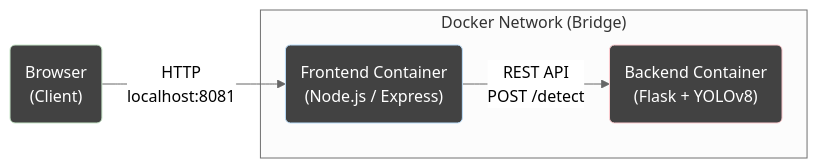
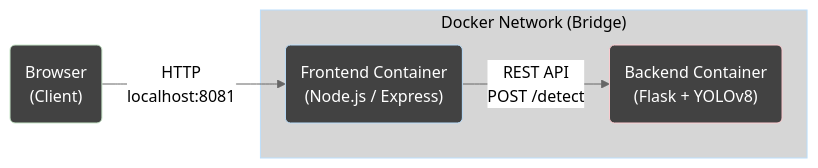
The diagram in README.md (zachdyszelwcu/csc468project), drawn with Mermaid before and after one commit.

````diff
--- a/README.md
+++ b/README.md
@@ -5,19 +5,20 @@
 ```mermaid
 ---
 config:
   theme: neutral
 ---
 flowchart LR
   A("Browser<br/>(Client)") -->|"HTTP<br/>localhost:8081"| B("Frontend Container<br/>(Node.js / Express)")
 
   B -->|"REST API<br/>POST /detect"| C("Backend Container<br/>(Flask + YOLOv8)")
 
-  subgraph "Docker Network (Bridge)"
+  subgraph DN["Docker Network (Bridge)"]
     B
     C
   end
 
+  style DN color:#000000,fill:#D6D6D6,stroke:#BBDEFB
   style A color:#FFFFFF,fill:#424242,stroke:#C8E6C9
   style B color:#FFFFFF,fill:#424242,stroke:#BBDEFB
   style C color:#FFFFFF,fill:#424242,stroke:#FFCDD2
 ```
````
